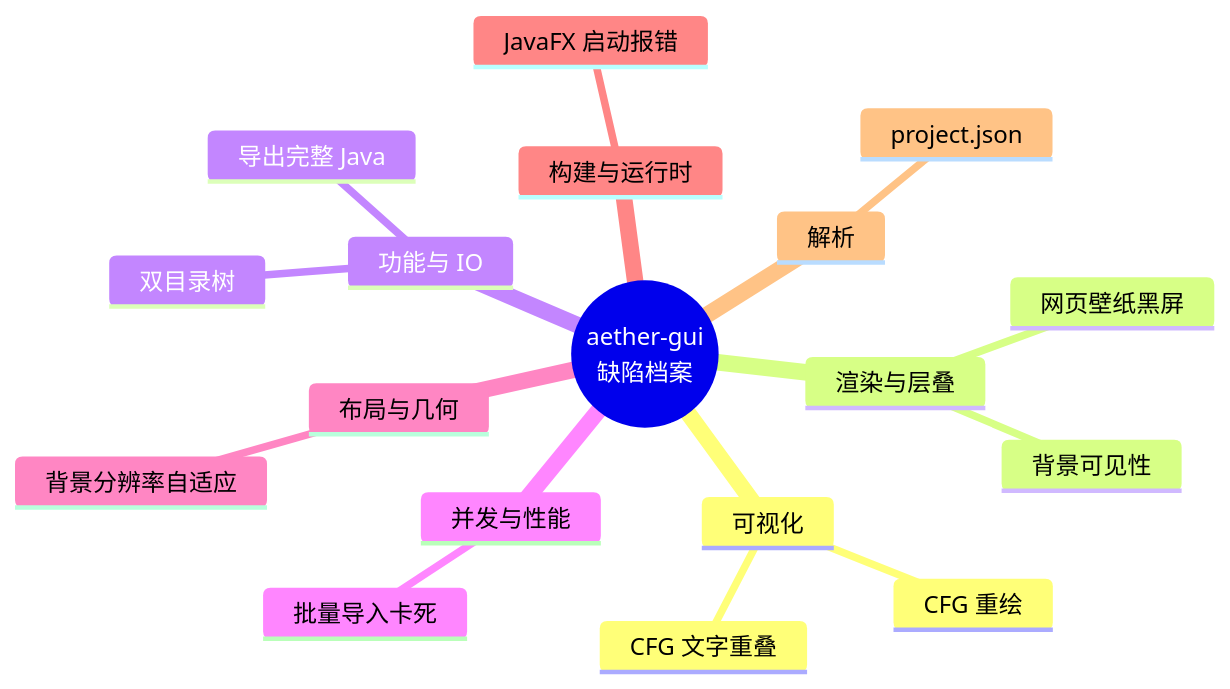
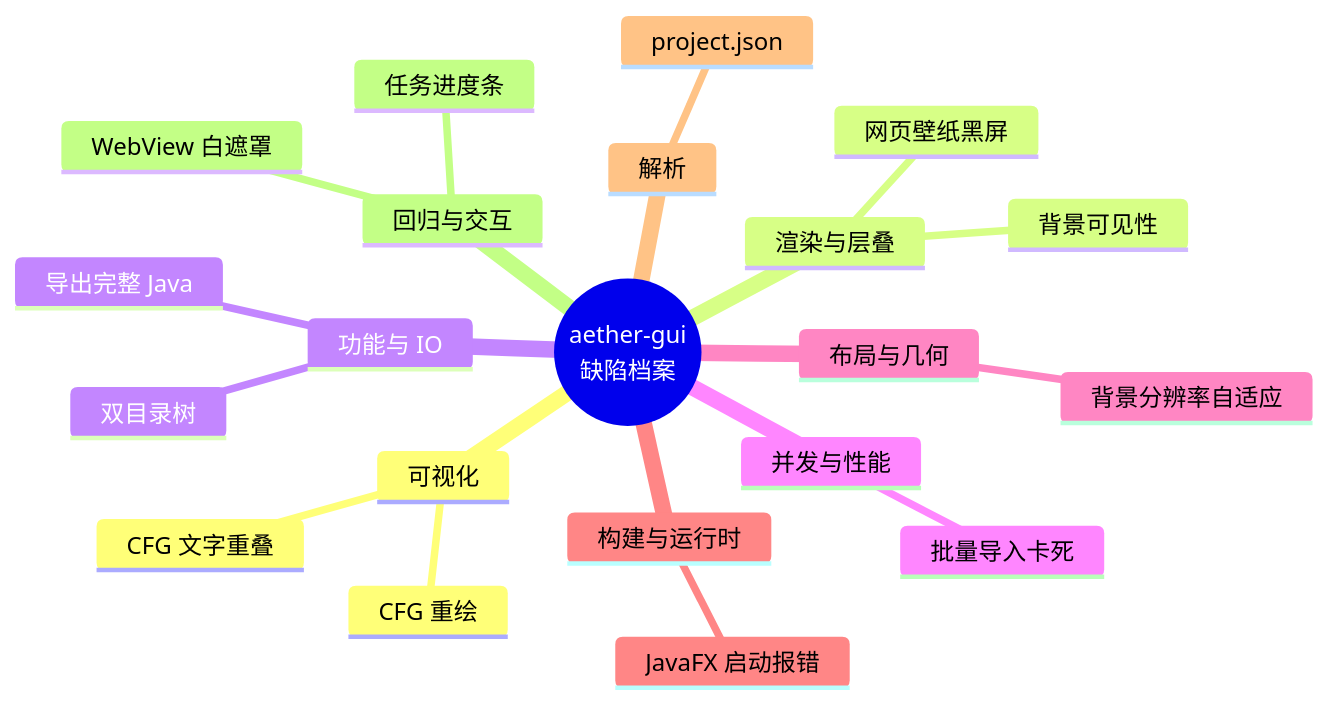
The first of 3 diagrams in doc/README.md (zhu1j/aether-decompiler), drawn with Mermaid before and after one commit. The commit also changed other lines of this file and 3 other files, not shown here.

Commit message:
fix(gui): remove WebView white veil regression and give tasks a real progress bar; docs: add regressions 11-12

````diff
--- a/doc/README.md
+++ b/doc/README.md
@@ -29,21 +31,24 @@
 ```mermaid
 mindmap
   root((aether-gui<br/>缺陷档案))
     可视化
       CFG 重绘
       CFG 文字重叠
     渲染与层叠
       背景可见性
       网页壁纸黑屏
     功能与 IO
       导出完整 Java
       双目录树
     并发与性能
       批量导入卡死
     布局与几何
       背景分辨率自适应
     构建与运行时
       JavaFX 启动报错
     解析
       project.json
+    回归与交互
+      WebView 白遮罩
+      任务进度条
 ```
````
